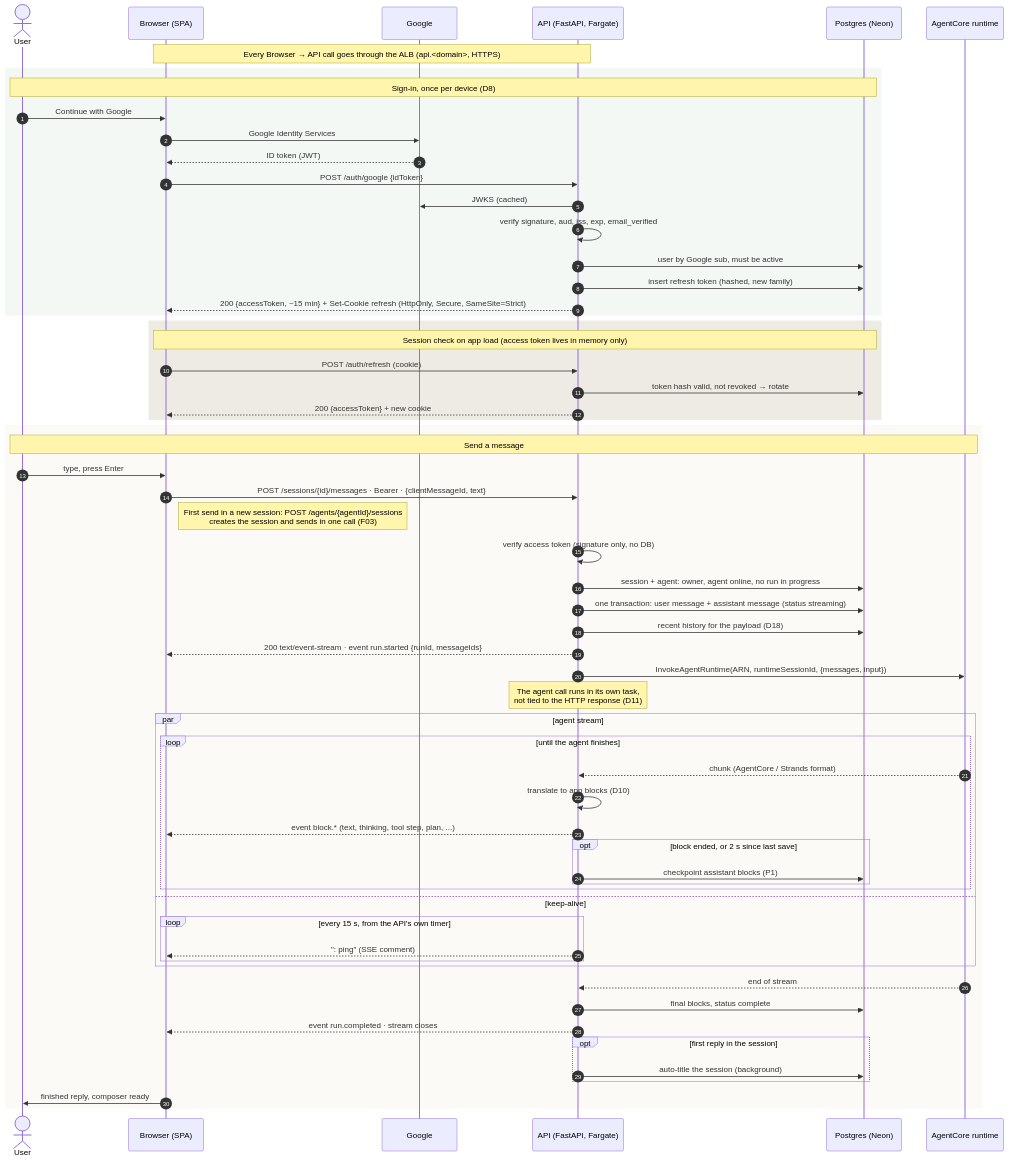
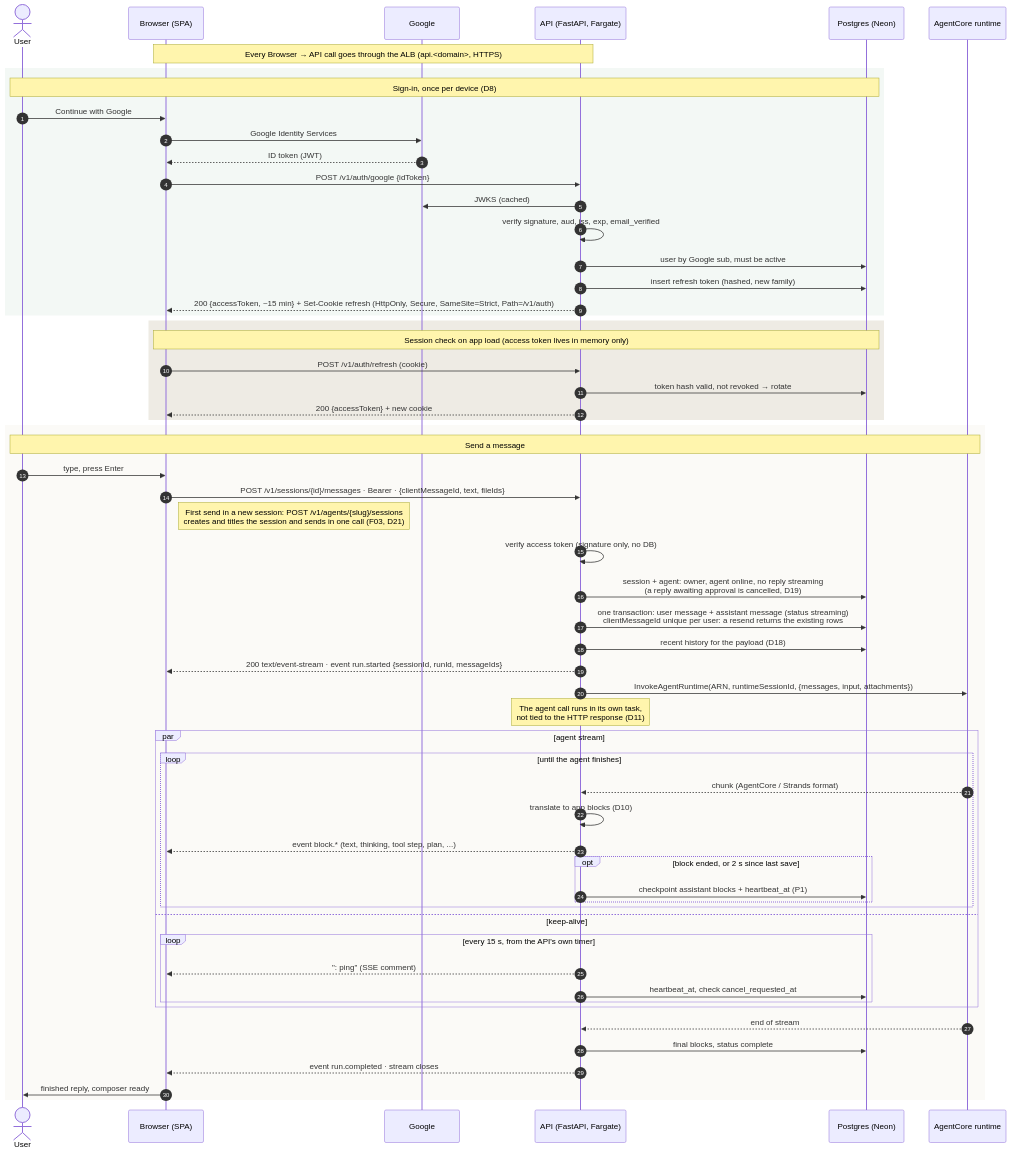
One commit to IsraelBO17/agent_hub changed the diagram in docs/diagrams/send-message.mmd. Above: the diagram before and after it, drawn with Mermaid. The commit also changed 18 other files, not shown here.

```diff
--- a/docs/diagrams/send-message.mmd
+++ b/docs/diagrams/send-message.mmd
@@ -1,67 +1,66 @@
 %% Sequence: user sends a message (normal path). Failure paths: send-message-failures.mmd.
-%% Rules and timers: docs/SEND_MESSAGE.md. Decisions: docs/ARCHITECTURE.md (D5, D8, D10, D11, D18, P1).
+%% Rules and timers: docs/SEND_MESSAGE.md. Decisions: docs/ARCHITECTURE.md (D5, D8, D10, D11, D18, D20, D21, P1).
+%% Attachments and approvals: approval-and-upload.mmd.
 sequenceDiagram
   autonumber
   actor U as User
   participant B as Browser (SPA)
   participant G as Google
   participant A as API (FastAPI, Fargate)
   participant DB as Postgres (Neon)
   participant R as AgentCore runtime
 
   Note over B,A: Every Browser → API call goes through the ALB (api.<domain>, HTTPS)
 
   rect rgb(243, 248, 245)
     Note over U,DB: Sign-in, once per device (D8)
     U->>B: Continue with Google
     B->>G: Google Identity Services
     G-->>B: ID token (JWT)
-    B->>A: POST /auth/google {idToken}
+    B->>A: POST /v1/auth/google {idToken}
     A->>G: JWKS (cached)
     A->>A: verify signature, aud, iss, exp, email_verified
     A->>DB: user by Google sub, must be active
     A->>DB: insert refresh token (hashed, new family)
-    A-->>B: 200 {accessToken, ~15 min} + Set-Cookie refresh (HttpOnly, Secure, SameSite=Strict)
+    A-->>B: 200 {accessToken, ~15 min} + Set-Cookie refresh (HttpOnly, Secure, SameSite=Strict, Path=/v1/auth)
   end
 
   rect rgb(238, 235, 228)
     Note over B,DB: Session check on app load (access token lives in memory only)
-    B->>A: POST /auth/refresh (cookie)
+    B->>A: POST /v1/auth/refresh (cookie)
     A->>DB: token hash valid, not revoked → rotate
     A-->>B: 200 {accessToken} + new cookie
   end
 
   rect rgb(251, 250, 247)
     Note over U,R: Send a message
     U->>B: type, press Enter
-    B->>A: POST /sessions/{id}/messages · Bearer · {clientMessageId, text}
-    Note right of B: First send in a new session: POST /agents/{agentId}/sessions<br/>creates the session and sends in one call (F03)
+    B->>A: POST /v1/sessions/{id}/messages · Bearer · {clientMessageId, text, fileIds}
+    Note right of B: First send in a new session: POST /v1/agents/{slug}/sessions<br/>creates and titles the session and sends in one call (F03, D21)
     A->>A: verify access token (signature only, no DB)
-    A->>DB: session + agent: owner, agent online, no run in progress
-    A->>DB: one transaction: user message + assistant message (status streaming)
+    A->>DB: session + agent: owner, agent online, no reply streaming<br/>(a reply awaiting approval is cancelled, D19)
+    A->>DB: one transaction: user message + assistant message (status streaming)<br/>clientMessageId unique per user: a resend returns the existing rows
     A->>DB: recent history for the payload (D18)
-    A-->>B: 200 text/event-stream · event run.started {runId, messageIds}
-    A->>R: InvokeAgentRuntime(ARN, runtimeSessionId, {messages, input})
+    A-->>B: 200 text/event-stream · event run.started {sessionId, runId, messageIds}
+    A->>R: InvokeAgentRuntime(ARN, runtimeSessionId, {messages, input, attachments})
     Note over A: The agent call runs in its own task,<br/>not tied to the HTTP response (D11)
     par agent stream
       loop until the agent finishes
         R-->>A: chunk (AgentCore / Strands format)
         A->>A: translate to app blocks (D10)
         A-->>B: event block.* (text, thinking, tool step, plan, ...)
         opt block ended, or 2 s since last save
-          A->>DB: checkpoint assistant blocks (P1)
+          A->>DB: checkpoint assistant blocks + heartbeat_at (P1)
         end
       end
     and keep-alive
       loop every 15 s, from the API's own timer
         A-->>B: ": ping" (SSE comment)
+        A->>DB: heartbeat_at, check cancel_requested_at
       end
     end
     R-->>A: end of stream
     A->>DB: final blocks, status complete
     A-->>B: event run.completed · stream closes
-    opt first reply in the session
-      A->>DB: auto-title the session (background)
-    end
     B->>U: finished reply, composer ready
   end
```
